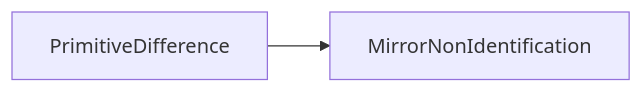
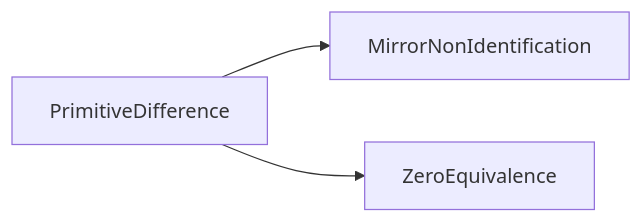
Before and after one commit to dbccpage/omega_codex: the first of 2 diagrams in docs/research_map.md, drawn with Mermaid. The commit also changed other lines of this file and 8 other files, not shown here.

Commit message:
Reconstruct zero-equivalence and specified quotient descent

````diff
--- a/docs/research_map.md
+++ b/docs/research_map.md
@@ -86,4 +96,5 @@
 ```mermaid
 flowchart LR
   PD[PrimitiveDifference] --> MN[MirrorNonIdentification]
+  PD --> ZE[ZeroEquivalence]
 ```
````
